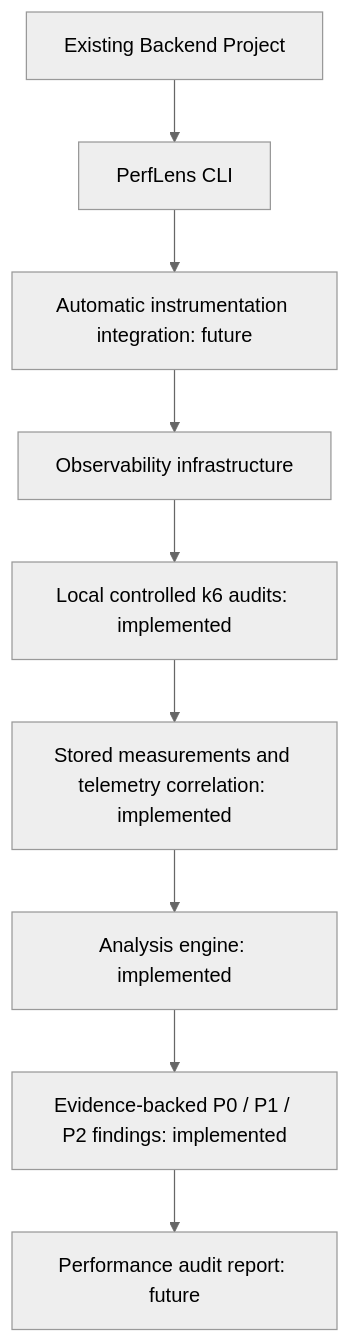
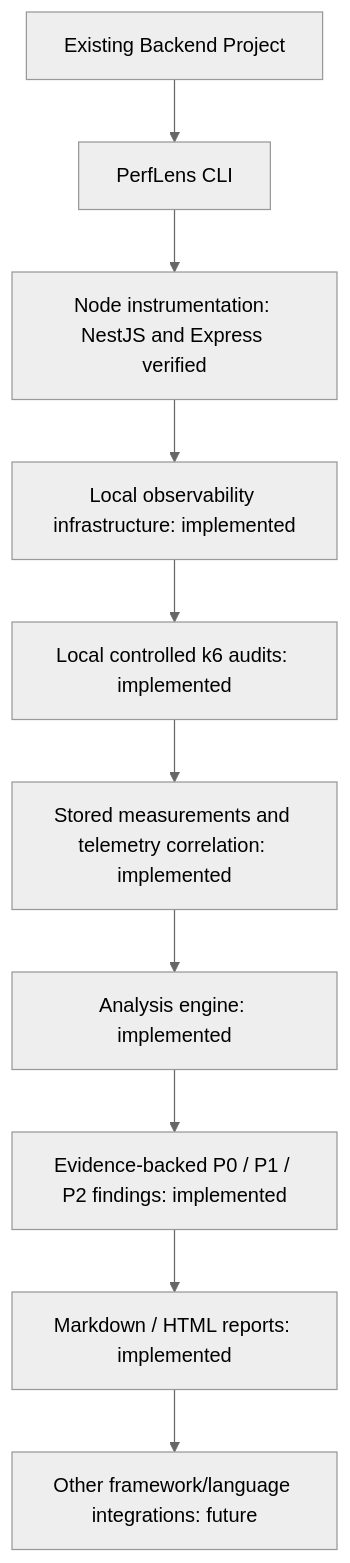
Before and after one commit to rahad123/perflens: the second of 2 diagrams in docs/architecture/architecture.md, drawn with Mermaid (neutral theme). The commit also changed other lines of this file and 2 other files, not shown here.

Commit message:
feat: enhance architecture documentation and add Express integration details

````diff
--- a/docs/architecture/architecture.md
+++ b/docs/architecture/architecture.md
@@ -85,11 +91,12 @@
 ```mermaid
 flowchart TB
     Backend[Existing Backend Project] --> PerfLens[PerfLens CLI]
-    PerfLens --> Instrument[Automatic instrumentation integration: future]
-    Instrument --> Observe[Observability infrastructure]
+    PerfLens --> Instrument[Node instrumentation: NestJS and Express verified]
+    Instrument --> Observe[Local observability infrastructure: implemented]
     Observe --> Load[Local controlled k6 audits: implemented]
     Load --> Collect[Stored measurements and telemetry correlation: implemented]
     Collect --> Analyze[Analysis engine: implemented]
     Analyze --> Findings[Evidence-backed P0 / P1 / P2 findings: implemented]
-    Findings --> Report[Performance audit report: future]
+    Findings --> Report[Markdown / HTML reports: implemented]
+    Report --> More[Other framework/language integrations: future]
 ```
````
